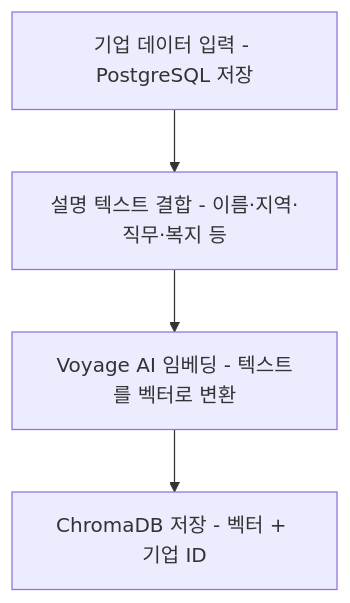
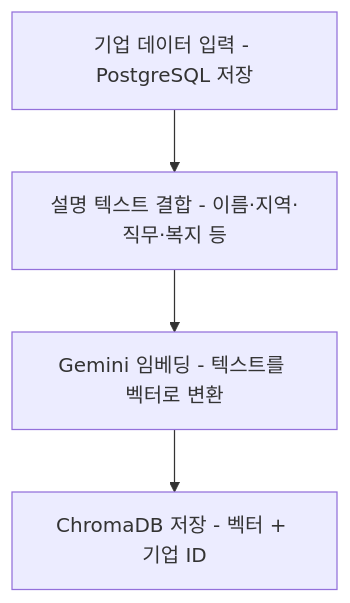
One commit to ChoiPython/Aihack changed the third of 4 diagrams in FE/PRD.md. Above: the diagram before and after it, drawn with Mermaid. The commit also changed other lines of this file and 7 other files, not shown here.

````diff
--- a/FE/PRD.md
+++ b/FE/PRD.md
@@ -384,6 +409,6 @@
 ```mermaid
 flowchart TD
     A[기업 데이터 입력 - PostgreSQL 저장] --> B[설명 텍스트 결합 - 이름·지역·직무·복지 등]
-    B --> C[Voyage AI 임베딩 - 텍스트를 벡터로 변환]
+    B --> C[Gemini 임베딩 - 텍스트를 벡터로 변환]
     C --> D[ChromaDB 저장 - 벡터 + 기업 ID]
 ```
````
